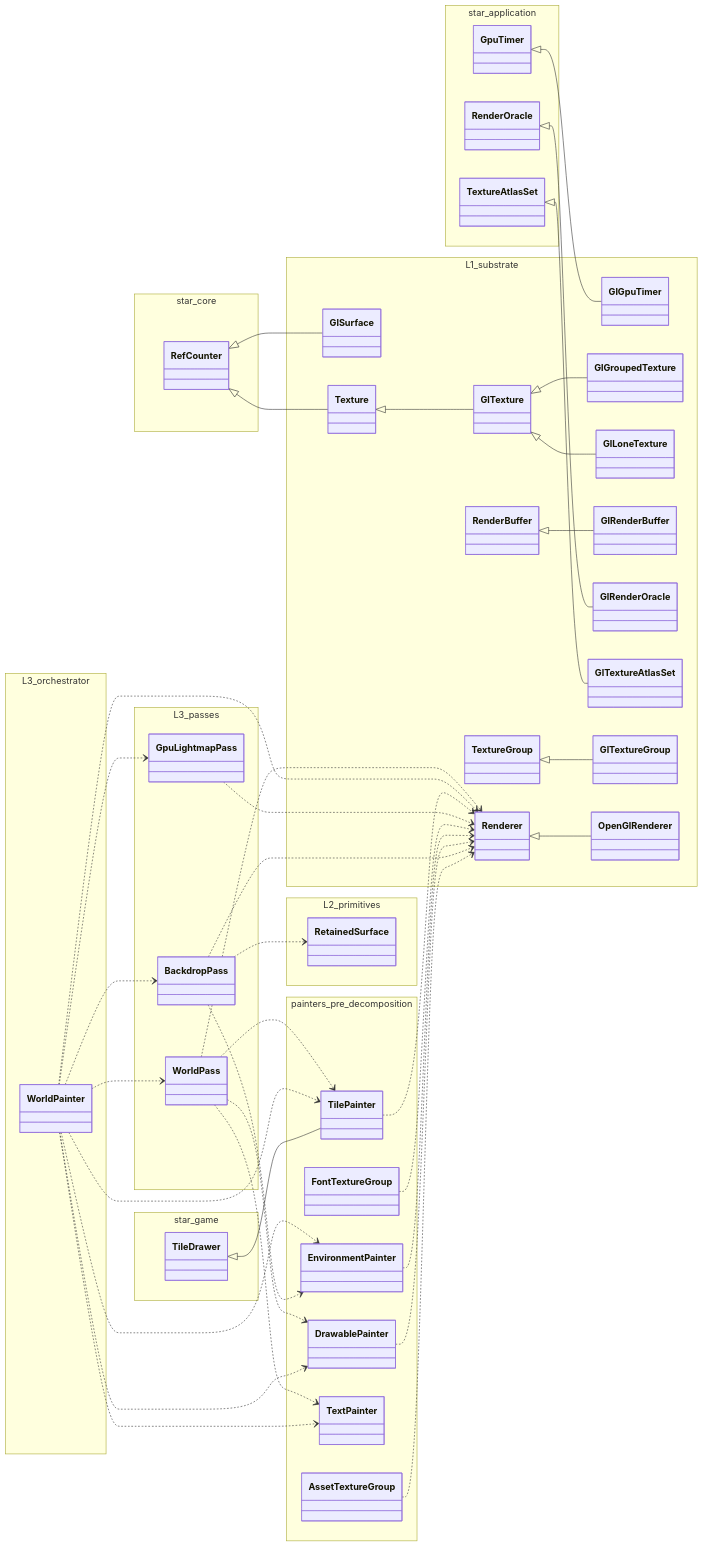
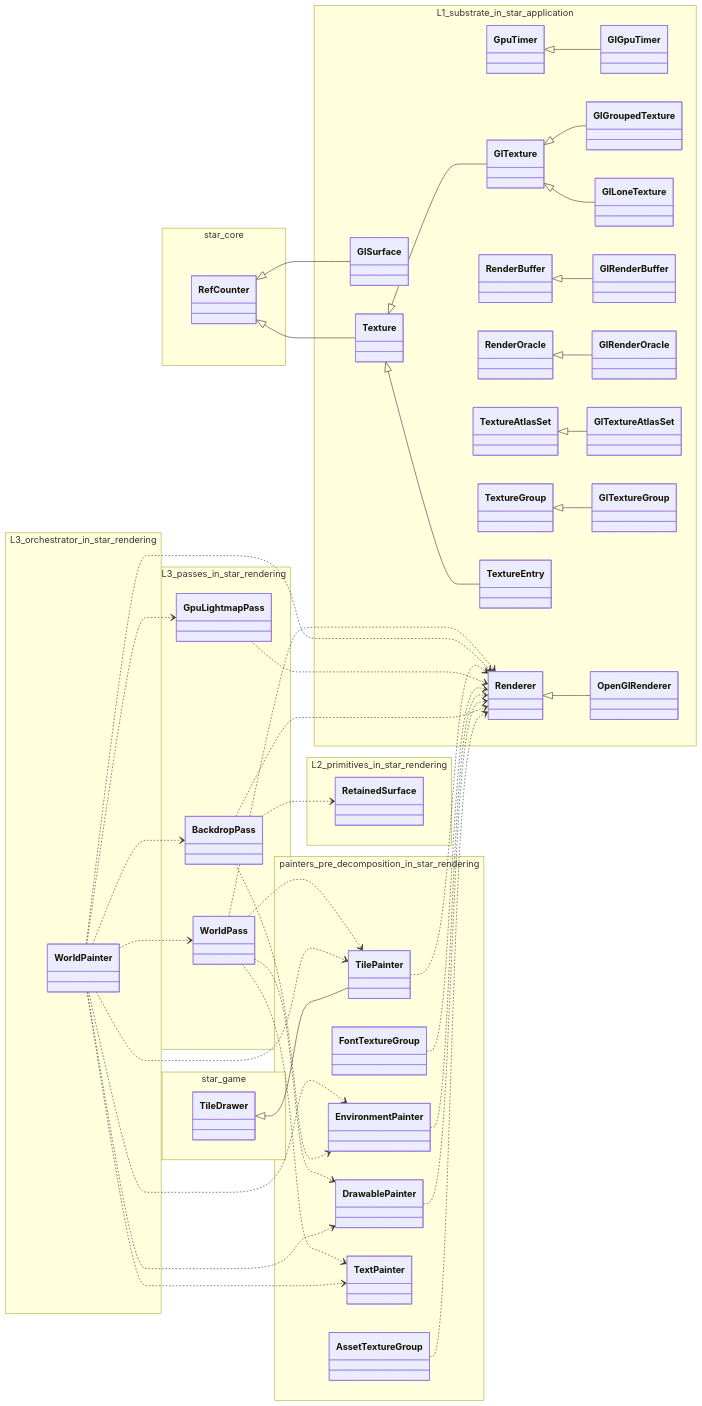
One commit to apnex/OpenStarbound changed the tenth of 10 diagrams in docs/architecture/system-boundaries.md. Above: the diagram before and after it, drawn with Mermaid. The commit also changed other lines of this file and 4 other files, not shown here.

````diff
--- a/docs/architecture/system-boundaries.md
+++ b/docs/architecture/system-boundaries.md
@@ -552,7 +565,7 @@
 ```mermaid
 classDiagram
   direction LR
-  namespace L1_substrate {
+  namespace L1_substrate_in_star_application {
     class GlGpuTimer
     class GlGroupedTexture
     class GlLoneTexture
@@ -562,35 +575,34 @@
     class GlTexture
     class GlTextureAtlasSet
     class GlTextureGroup
+    class GpuTimer
     class OpenGlRenderer
     class RenderBuffer
+    class RenderOracle
     class Renderer
     class Texture
+    class TextureAtlasSet
+    class TextureEntry
     class TextureGroup
   }
-  namespace L2_primitives {
+  namespace L2_primitives_in_star_rendering {
     class RetainedSurface
   }
-  namespace L3_passes {
+  namespace L3_passes_in_star_rendering {
     class BackdropPass
     class GpuLightmapPass
     class WorldPass
   }
-  namespace L3_orchestrator {
+  namespace L3_orchestrator_in_star_rendering {
     class WorldPainter
   }
-  namespace painters_pre_decomposition {
+  namespace painters_pre_decomposition_in_star_rendering {
     class AssetTextureGroup
     class DrawablePainter
     class EnvironmentPainter
     class FontTextureGroup
     class TextPainter
     class TilePainter
-  }
-  namespace star_application {
-    class GpuTimer
-    class RenderOracle
-    class TextureAtlasSet
   }
   namespace star_core {
     class RefCounter
@@ -609,6 +621,7 @@
   TextureGroup <|-- GlTextureGroup
   Renderer <|-- OpenGlRenderer
   RefCounter <|-- Texture
+  Texture <|-- TextureEntry
   TileDrawer <|-- TilePainter
   AssetTextureGroup ..> Renderer
   BackdropPass ..> EnvironmentPainter
````
